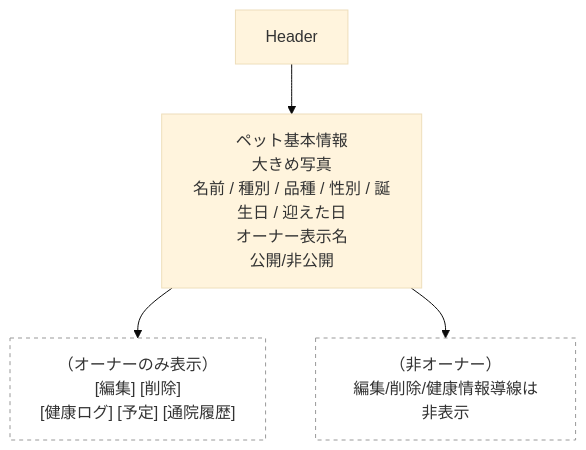
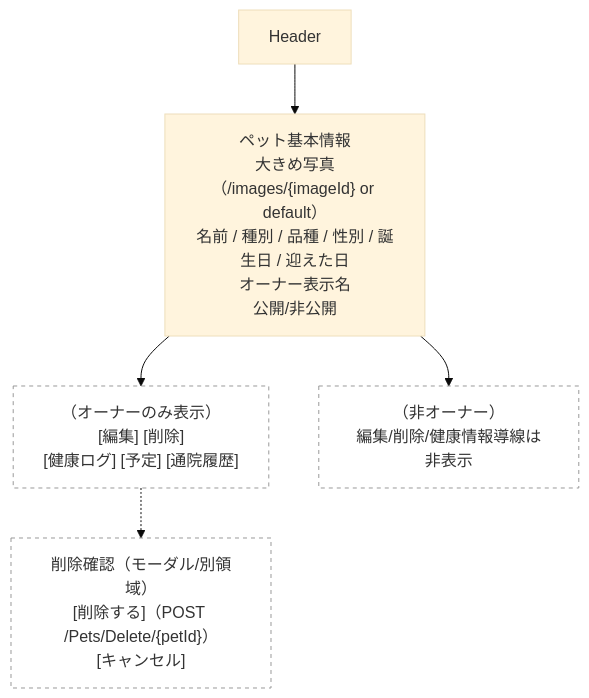
One commit to Cat5Dog2/PetHealthManagement changed the ninth of 23 diagrams in docs/ui-wireframe.md. Above: the diagram before and after it, drawn with Mermaid (base theme). The commit also changed other lines of this file, not shown here.

````diff
--- a/docs/ui-wireframe.md
+++ b/docs/ui-wireframe.md
@@ -60,12 +144,15 @@
 ```mermaid
 flowchart TB
   Header["Header"]
-  Summary["ペット基本情報<br/>大きめ写真<br/>名前 / 種別 / 品種 / 性別 / 誕生日 / 迎えた日<br/>オーナー表示名<br/>公開/非公開"]
+  Summary["ペット基本情報<br/>大きめ写真（/images/{imageId} or default）<br/>名前 / 種別 / 品種 / 性別 / 誕生日 / 迎えた日<br/>オーナー表示名<br/>公開/非公開"]
   OwnerActions["（オーナーのみ表示）<br/>[編集] [削除]<br/>[健康ログ] [予定] [通院履歴]"]:::note
   NonOwnerNote["（非オーナー）<br/>編集/削除/健康情報導線は非表示"]:::note
+  DeleteConfirm["削除確認（モーダル/別領域）<br/>[削除する]（POST /Pets/Delete/{petId}）<br/>[キャンセル]"]:::note
 
-  Header --> Summary --> OwnerActions
+  Header --> Summary
+  Summary --> OwnerActions
   Summary --> NonOwnerNote
+  OwnerActions -.-> DeleteConfirm
 
   classDef note fill:#fff,stroke:#999,stroke-dasharray: 4 4,color:#333;
 ```
````
